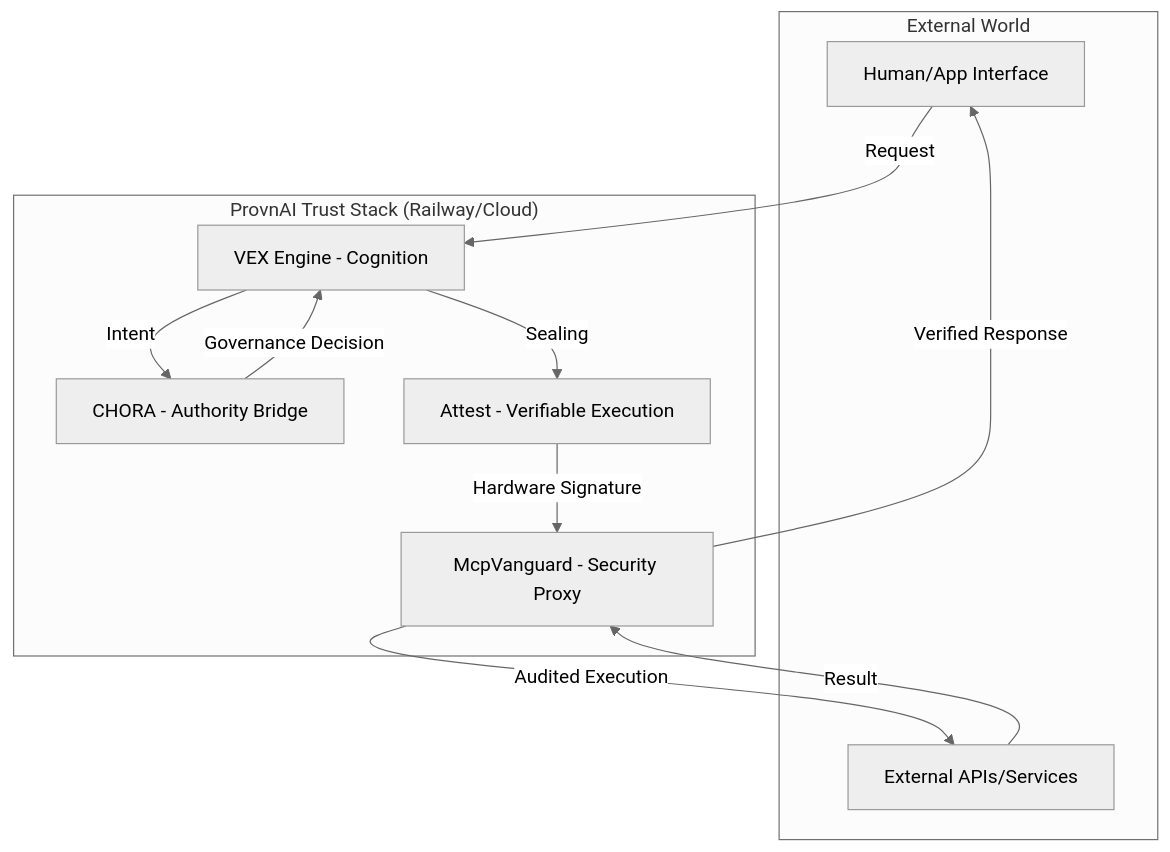
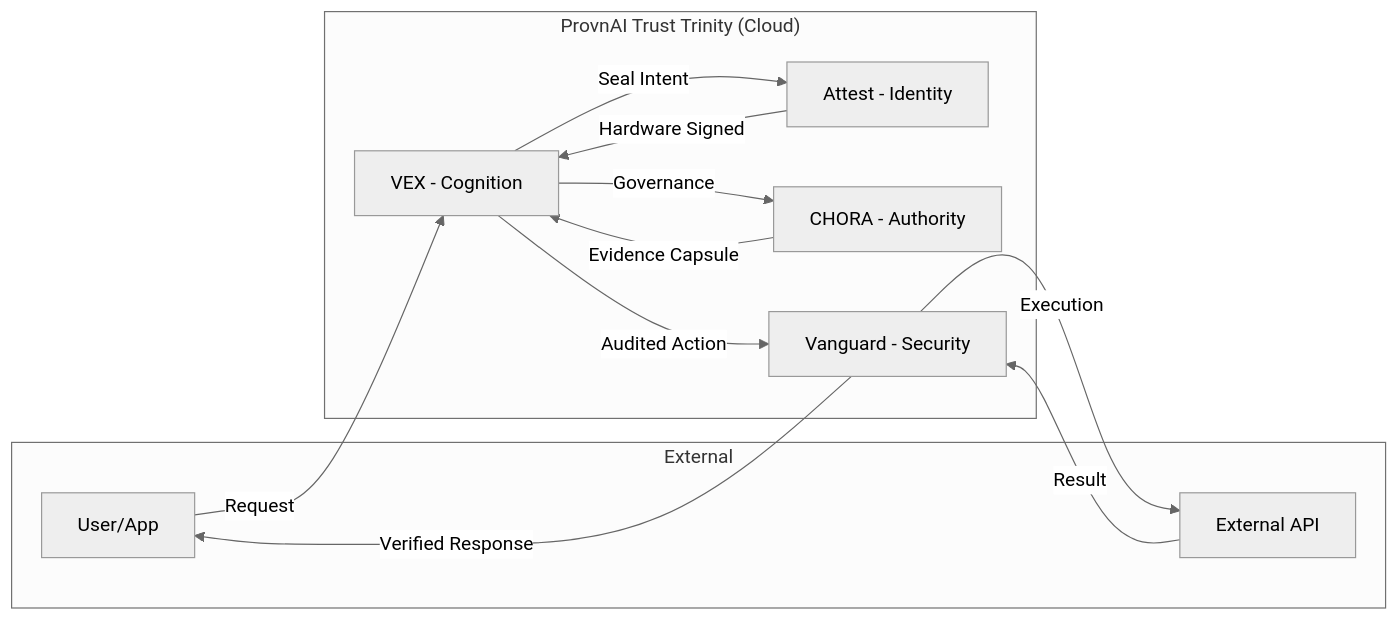
Before and after one commit to provnai/vex: the first of 2 diagrams in README.md, drawn with Mermaid (neutral theme). The commit also changed other lines of this file, not shown here.

Commit message:
docs finetune v1.0.0

````diff
--- a/README.md
+++ b/README.md
@@ -176,23 +176,24 @@
 ```mermaid
-graph TD
-    subgraph "External World"
-        Users[Human/App Interface]
-        Tools[External APIs/Services]
+graph LR
+    subgraph "External"
+        U[User/App]
+        T[External API]
     end
 
-    subgraph "ProvnAI Trust Stack (Railway/Cloud)"
-        VEX[VEX Engine - Cognition]
-        CHORA[CHORA - Authority Bridge]
-        Attest[Attest - Verifiable Execution]
-        Vanguard[McpVanguard - Security Proxy]
+    subgraph "ProvnAI Trust Trinity (Cloud)"
+        V[VEX - Cognition]
+        A[Attest - Identity]
+        C[CHORA - Authority]
+        G[Vanguard - Security]
     end
 
-    Users -->|Request| VEX
-    VEX -->|Intent| CHORA
-    CHORA -->|Governance Decision| VEX
-    VEX -->|Sealing| Attest
-    Attest -->|Hardware Signature| Vanguard
-    Vanguard -->|Audited Execution| Tools
-    Tools -->|Result| Vanguard
-    Vanguard -->|Verified Response| Users
+    U -->|Request| V
+    V -->|Seal Intent| A
+    A -->|Hardware Signed| V
+    V -->|Governance| C
+    C -->|Evidence Capsule| V
+    V -->|Audited Action| G
+    G -->|Execution| T
+    T -->|Result| G
+    G -->|Verified Response| U
 ```
````
